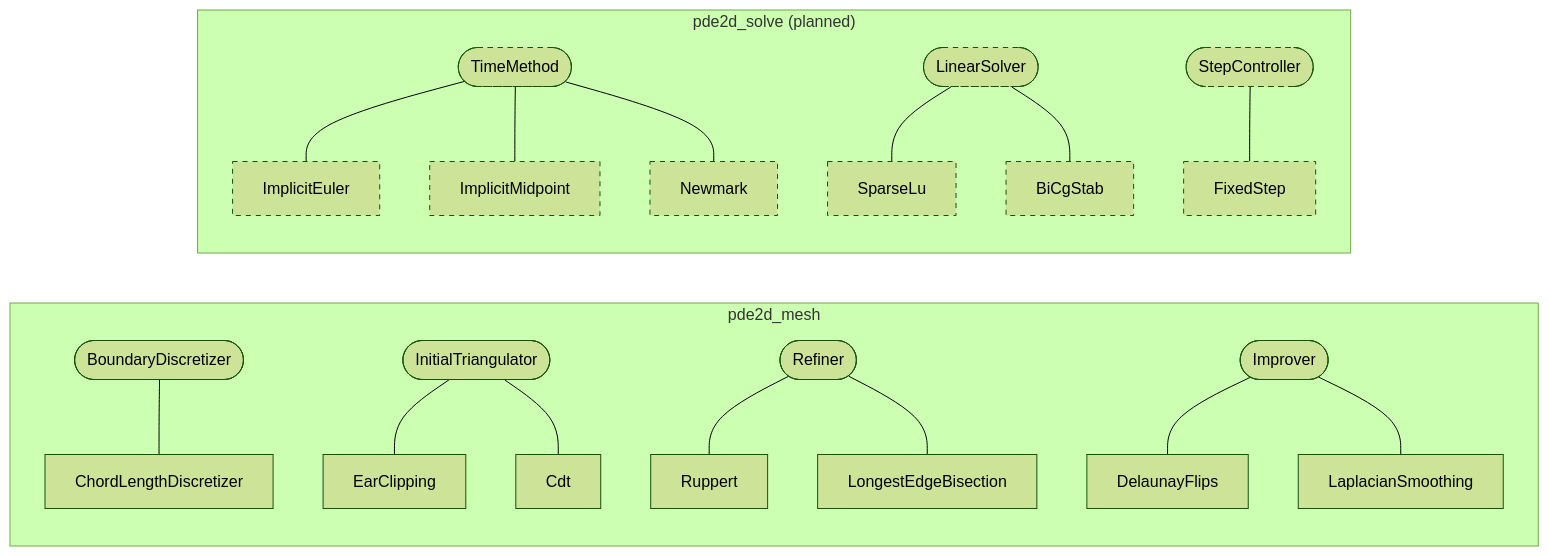
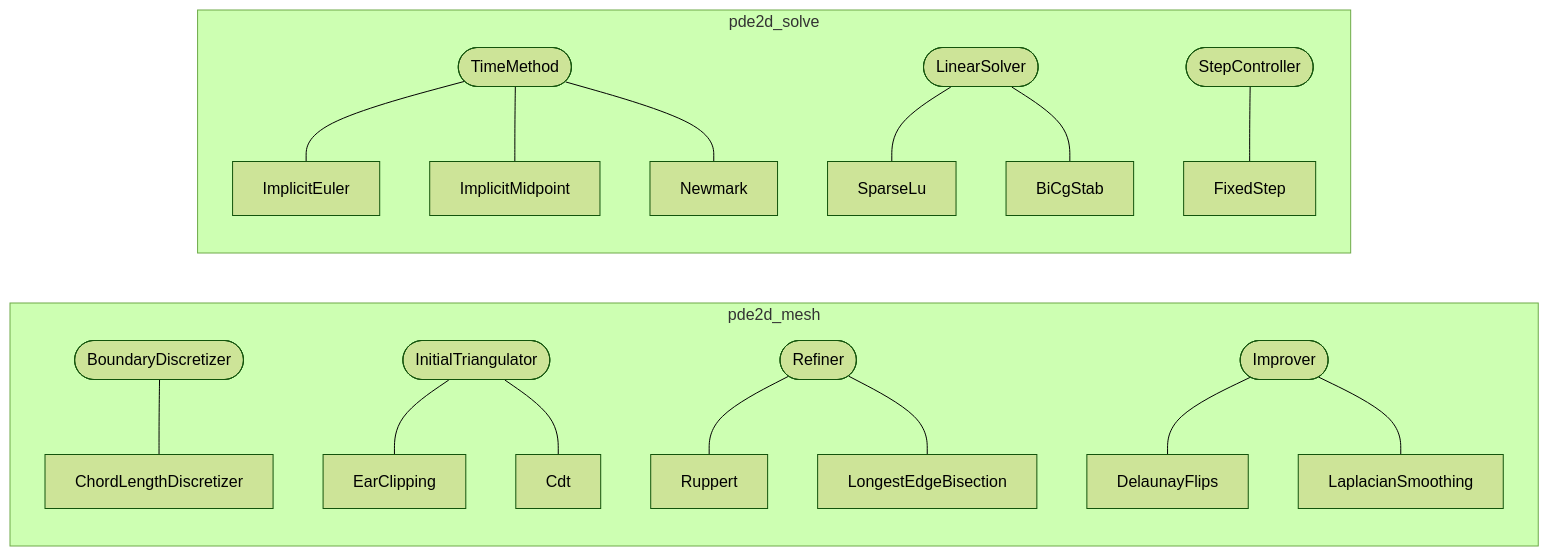
One commit to dmglushko/2d-pde changed diagram 11 of 11 in docs/architecture.md. Above: the diagram before and after it, drawn with Mermaid (forest theme). The commit also changed other lines of this file and 10 other files, not shown here.

Commit message:
Format the pde2d_solve sources

````diff
--- a/docs/architecture.md
+++ b/docs/architecture.md
@@ -442,21 +443,20 @@
 ```mermaid
 flowchart LR
     subgraph mesh [pde2d_mesh]
         BD([BoundaryDiscretizer]) --- CLD[ChordLengthDiscretizer]
         IT([InitialTriangulator]) --- EAR[EarClipping]
         IT --- CDT[Cdt]
         RF([Refiner]) --- RUP[Ruppert]
         RF --- LEB[LongestEdgeBisection]
         IMP([Improver]) --- DF[DelaunayFlips]
         IMP --- LS[LaplacianSmoothing]
     end
-    subgraph solve ["pde2d_solve (planned)"]
-        TMI([TimeMethod]):::planned --- IE[ImplicitEuler]:::planned
-        TMI --- IM[ImplicitMidpoint]:::planned
-        TMI --- NM[Newmark]:::planned
-        LSI([LinearSolver]):::planned --- SLU[SparseLu]:::planned
-        LSI --- BCG[BiCgStab]:::planned
-        SCI([StepController]):::planned --- FS[FixedStep]:::planned
+    subgraph solve [pde2d_solve]
+        TMI([TimeMethod]) --- IE[ImplicitEuler]
+        TMI --- IM[ImplicitMidpoint]
+        TMI --- NM[Newmark]
+        LSI([LinearSolver]) --- SLU[SparseLu]
+        LSI --- BCG[BiCgStab]
+        SCI([StepController]) --- FS[FixedStep]
     end
-    classDef planned stroke-dasharray: 5 5
 ```
````
